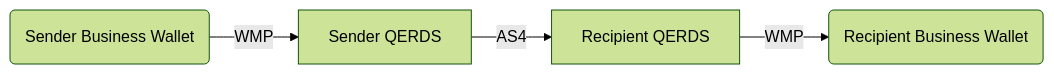
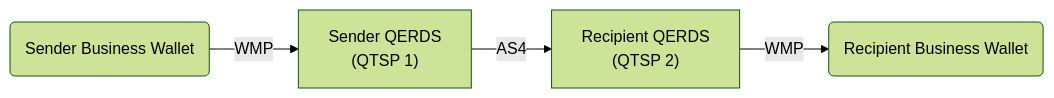
The third of 3 diagrams in blueprint/appendix-ebw-definition.md (decentralised-dataexchange/wp4-architecture), drawn with Mermaid (forest theme) before and after one commit. The commit also changed other lines of this file, not shown here.

`````diff
--- a/blueprint/appendix-ebw-definition.md
+++ b/blueprint/appendix-ebw-definition.md
@@ -120,6 +134,6 @@
 ````mermaid
 flowchart LR
-    B1(Sender Business Wallet) -->|WMP|Q1[Sender QERDS]
-    Q1 -->|AS4| Q2[Recipient QERDS]
+    B1(Sender Business Wallet) -->|WMP|Q1["Sender QERDS\n(QTSP 1)"]
+    Q1 -->|AS4| Q2["Recipient QERDS\n(QTSP 2)"]
     Q2 -->|WMP| B2(Recipient Business Wallet)
 ````
`````
